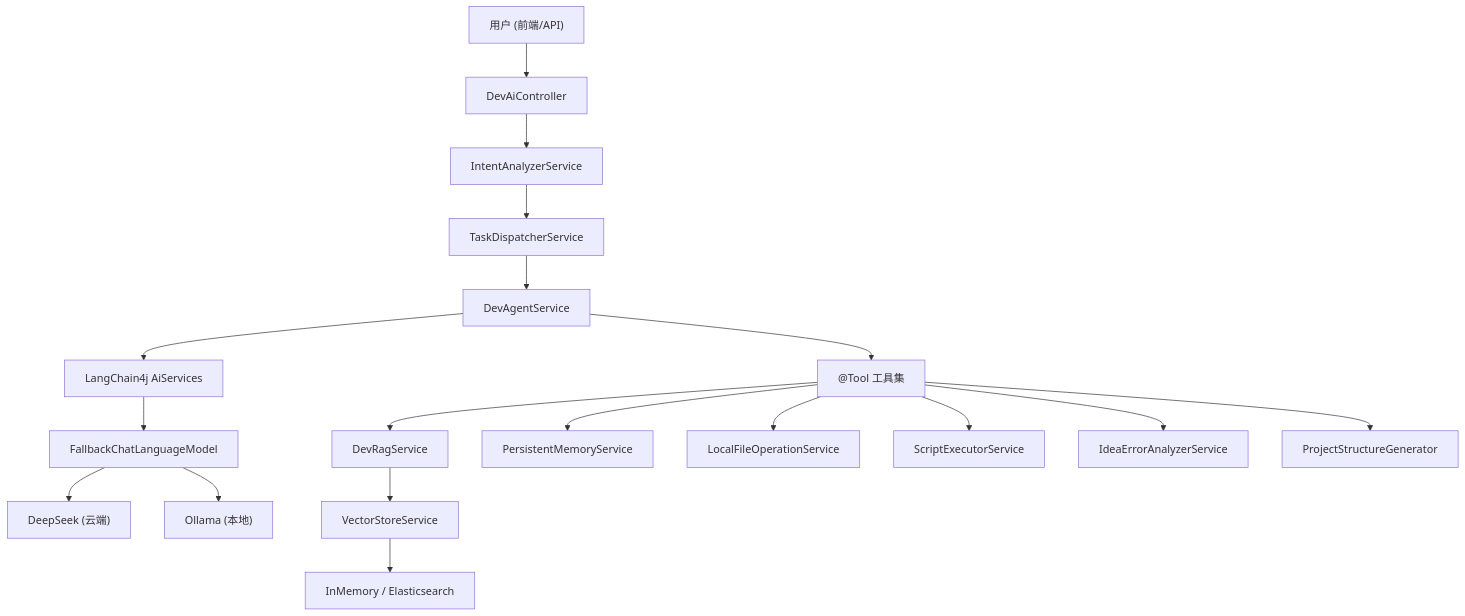
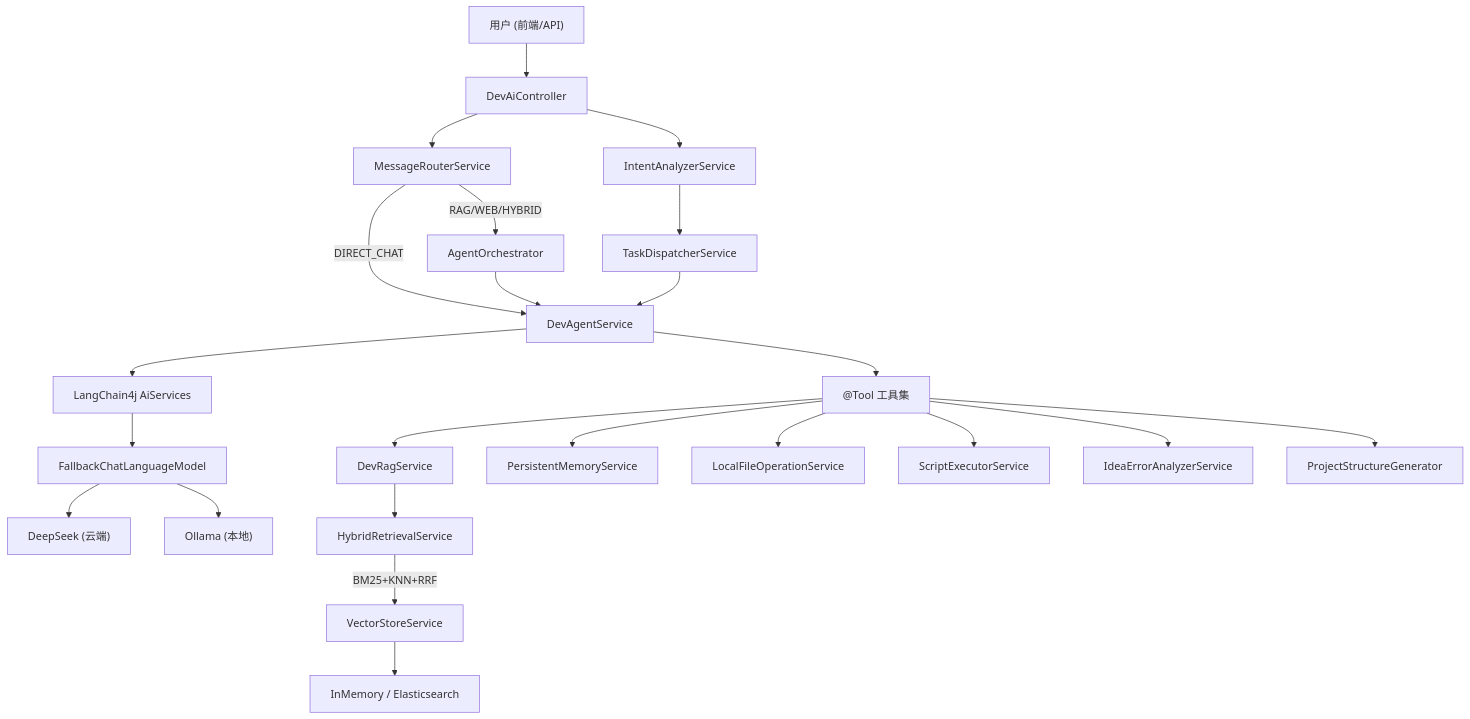
Before and after one commit to miguashu/dev-ai-platfrom: the diagram in README.md, drawn with Mermaid. The commit also changed other lines of this file and 4 other files, not shown here.

````diff
--- a/README.md
+++ b/README.md
@@ -28,20 +29,25 @@
 ```mermaid
 graph TD
     A["用户 (前端/API)"] --> B["DevAiController"]
+    B --> MR["MessageRouterService"]
+    MR -->|"DIRECT_CHAT"| E["DevAgentService"]
+    MR -->|"RAG/WEB/HYBRID"| OR["AgentOrchestrator"]
     B --> C["IntentAnalyzerService"]
     C --> D["TaskDispatcherService"]
-    D --> E["DevAgentService"]
+    D --> E
+    OR --> E
     E --> F["LangChain4j AiServices"]
     F --> G["FallbackChatLanguageModel"]
     G --> H["DeepSeek (云端)"]
     G --> I["Ollama (本地)"]
     E --> J["@Tool 工具集"]
     J --> K["DevRagService"]
     J --> L["PersistentMemoryService"]
     J --> M["LocalFileOperationService"]
     J --> N["ScriptExecutorService"]
     J --> O["IdeaErrorAnalyzerService"]
     J --> P["ProjectStructureGenerator"]
-    K --> Q["VectorStoreService"]
+    K --> HR["HybridRetrievalService"]
+    HR -->|"BM25+KNN+RRF"| Q["VectorStoreService"]
     Q --> R["InMemory / Elasticsearch"]
 ```
````
